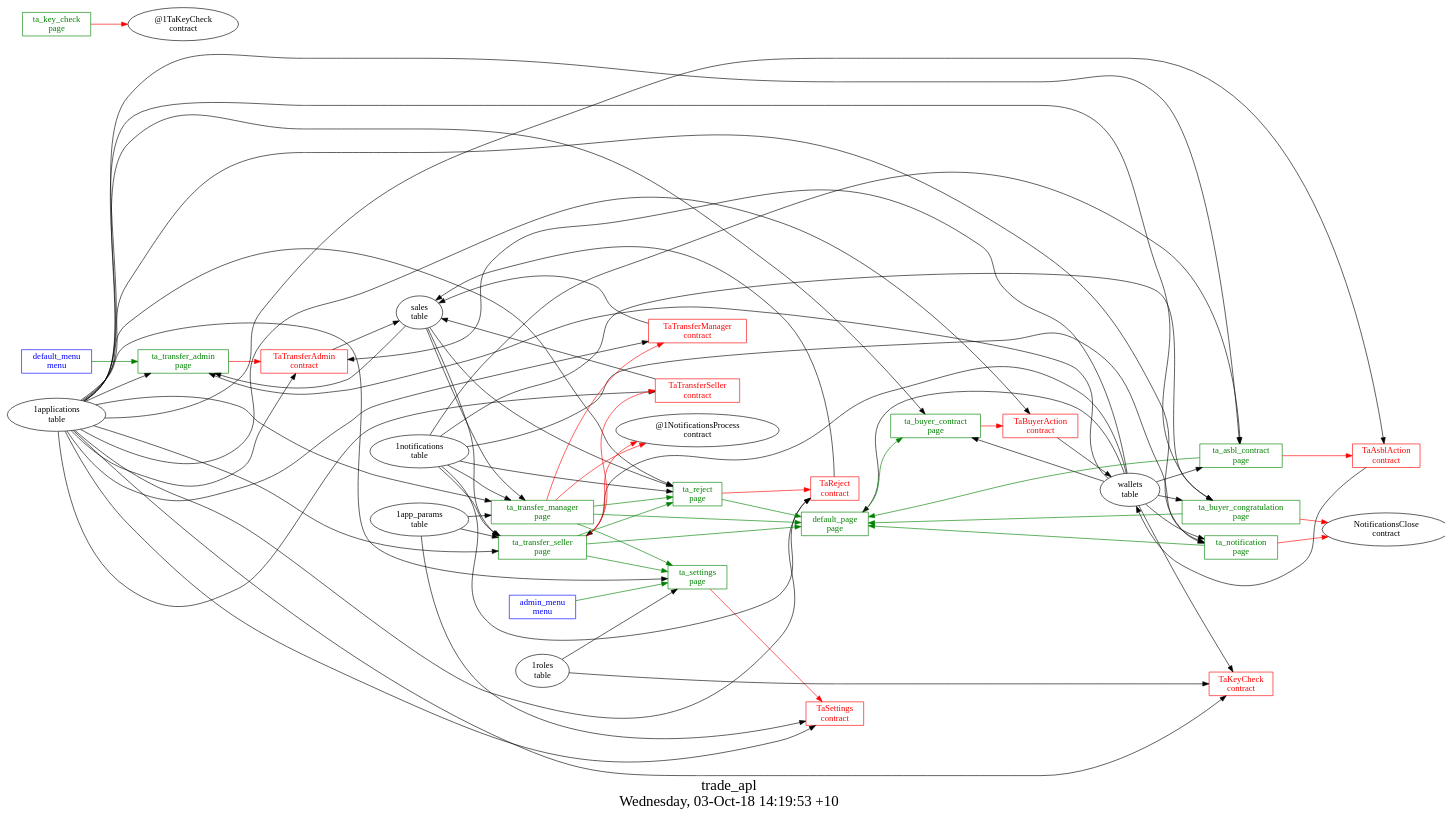
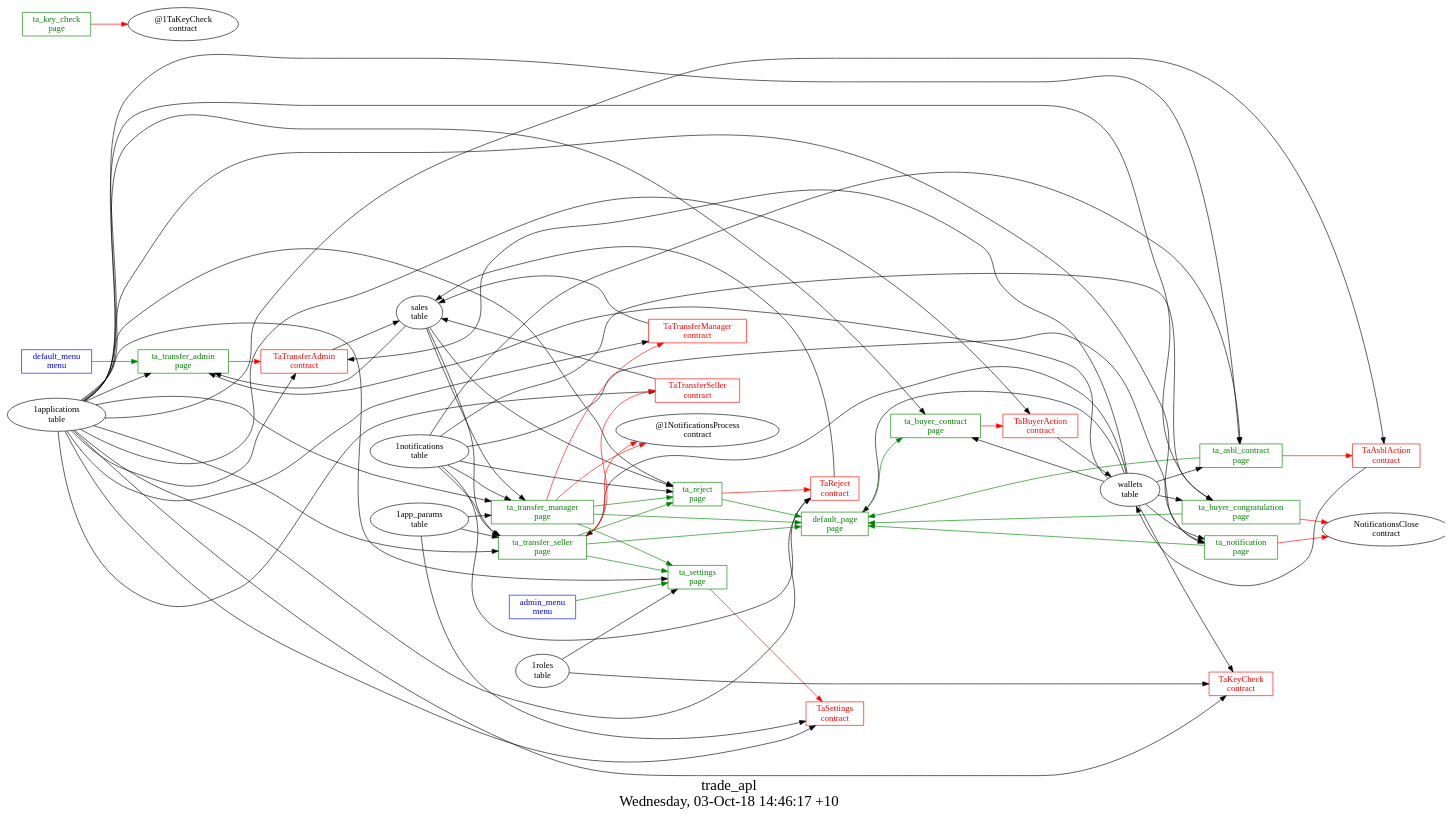
Before and after one commit to AplaProject/apps: the diagram in other/trade_apl/struct.dot, drawn with Graphviz. The commit also changed 2 other files, not shown here.

```diff
--- a/other/trade_apl/struct.dot
+++ b/other/trade_apl/struct.dot
@@ -1,104 +1,104 @@
 digraph G {
 fontsize="24";
-label="trade_apl\nWednesday, 03-Oct-18 14:19:53 +10";
+label="trade_apl\nWednesday, 03-Oct-18 14:46:17 +10";
 nojustify=true;
 ordering=out;
 rankdir=LR;
 size="30";
 "admin_menu\nmenu" -> "ta_settings\npage"  [ color=green ]
 "admin_menu\nmenu" [color=blue, fontcolor=blue, group=menus, shape=record];
 "default_menu\nmenu" -> "ta_transfer_admin\npage"  [ color=green ]
 "default_menu\nmenu" [color=blue, fontcolor=blue, group=menus, shape=record];
 "wallets\ntable" -> "default_page\npage"
 "default_page\npage" -> "ta_buyer_contract\npage"  [ color=green ]
 "default_page\npage" [color=green, fontcolor=green, group=pages, shape=record];
 "ta_asbl_contract\npage" -> "TaAsblAction\ncontract"  [ color=red ]
 "1applications\ntable" -> "ta_asbl_contract\npage"
 "1notifications\ntable" -> "ta_asbl_contract\npage"
 "wallets\ntable" -> "ta_asbl_contract\npage"
 "ta_asbl_contract\npage" -> "default_page\npage"  [ color=green ]
 "ta_asbl_contract\npage" [color=green, fontcolor=green, group=pages, shape=record];
 "ta_buyer_congratulation\npage" -> "NotificationsClose\ncontract"  [ color=red ]
 "1applications\ntable" -> "ta_buyer_congratulation\npage"
 "1notifications\ntable" -> "ta_buyer_congratulation\npage"
 "wallets\ntable" -> "ta_buyer_congratulation\npage"
 "ta_buyer_congratulation\npage" -> "default_page\npage"  [ color=green ]
 "ta_buyer_congratulation\npage" [color=green, fontcolor=green, group=pages, shape=record];
 "ta_buyer_contract\npage" -> "TaBuyerAction\ncontract"  [ color=red ]
 "1applications\ntable" -> "ta_buyer_contract\npage"
 "wallets\ntable" -> "ta_buyer_contract\npage"
 "ta_buyer_contract\npage" [color=green, fontcolor=green, group=pages, shape=record];
 "ta_key_check\npage" -> "@1TaKeyCheck\ncontract"  [ color=red ]
 "ta_key_check\npage" [color=green, fontcolor=green, group=pages, shape=record];
 "ta_notification\npage" -> "NotificationsClose\ncontract"  [ color=red ]
 "1applications\ntable" -> "ta_notification\npage"
 "1notifications\ntable" -> "ta_notification\npage"
 "wallets\ntable" -> "ta_notification\npage"
 "ta_notification\npage" -> "default_page\npage"  [ color=green ]
 "ta_notification\npage" [color=green, fontcolor=green, group=pages, shape=record];
 "ta_reject\npage" -> "TaReject\ncontract"  [ color=red ]
 "1applications\ntable" -> "ta_reject\npage"
 "1notifications\ntable" -> "ta_reject\npage"
 "sales\ntable" -> "ta_reject\npage"
 "ta_reject\npage" -> "default_page\npage"  [ color=green ]
 "ta_reject\npage" [color=green, fontcolor=green, group=pages, shape=record];
 "ta_settings\npage" -> "TaSettings\ncontract"  [ color=red ]
 "1applications\ntable" -> "ta_settings\npage"
 "1roles\ntable" -> "ta_settings\npage"
 "ta_settings\npage" [color=green, fontcolor=green, group=pages, shape=record];
 "ta_transfer_admin\npage" -> "TaTransferAdmin\ncontract"  [ color=red ]
 "1applications\ntable" -> "ta_transfer_admin\npage"
 "sales\ntable" -> "ta_transfer_admin\npage"
 "wallets\ntable" -> "ta_transfer_admin\npage"
 "ta_transfer_admin\npage" [color=green, fontcolor=green, group=pages, shape=record];
 "ta_transfer_manager\npage" -> "TaTransferManager\ncontract"  [ color=red ]
 "ta_transfer_manager\npage" -> "@1NotificationsProcess\ncontract"  [ color=red ]
 "1applications\ntable" -> "ta_transfer_manager\npage"
 "1notifications\ntable" -> "ta_transfer_manager\npage"
 "sales\ntable" -> "ta_transfer_manager\npage"
 "1app_params\ntable" -> "ta_transfer_manager\npage"
 "ta_transfer_manager\npage" -> "ta_reject\npage"  [ color=green ]
 "ta_transfer_manager\npage" -> "default_page\npage"  [ color=green ]
 "ta_transfer_manager\npage" -> "ta_settings\npage"  [ color=green ]
 "ta_transfer_manager\npage" [color=green, fontcolor=green, group=pages, shape=record];
 "ta_transfer_seller\npage" -> "TaTransferSeller\ncontract"  [ color=red ]
 "ta_transfer_seller\npage" -> "@1NotificationsProcess\ncontract"  [ color=red ]
 "1applications\ntable" -> "ta_transfer_seller\npage"
 "1notifications\ntable" -> "ta_transfer_seller\npage"
 "sales\ntable" -> "ta_transfer_seller\npage"
 "wallets\ntable" -> "ta_transfer_seller\npage"
 "1app_params\ntable" -> "ta_transfer_seller\npage"
 "ta_transfer_seller\npage" -> "ta_reject\npage"  [ color=green ]
 "ta_transfer_seller\npage" -> "default_page\npage"  [ color=green ]
 "ta_transfer_seller\npage" -> "ta_settings\npage"  [ color=green ]
 "ta_transfer_seller\npage" [color=green, fontcolor=green, group=pages, shape=record];
 "TaAsblAction\ncontract" -> "wallets\ntable"  [ color="" ]
 "1applications\ntable" -> "TaAsblAction\ncontract"
 "TaAsblAction\ncontract" [color=red, fontcolor=red, group=contracts, shape=record];
 "TaBuyerAction\ncontract" -> "wallets\ntable"  [ color="" ]
 "1applications\ntable" -> "TaBuyerAction\ncontract"
 "TaBuyerAction\ncontract" [color=red, fontcolor=red, group=contracts, shape=record];
 "wallets\ntable" -> "TaKeyCheck\ncontract"
 "1applications\ntable" -> "TaKeyCheck\ncontract"
 "1roles\ntable" -> "TaKeyCheck\ncontract"
 "TaKeyCheck\ncontract" [color=red, fontcolor=red, group=contracts, shape=record];
 "TaReject\ncontract" -> "sales\ntable"  [ color="" ]
 "1applications\ntable" -> "TaReject\ncontract"
 "1notifications\ntable" -> "TaReject\ncontract"
 "TaReject\ncontract" [color=red, fontcolor=red, group=contracts, shape=record];
 "1applications\ntable" -> "TaSettings\ncontract"
 "1app_params\ntable" -> "TaSettings\ncontract"
 "TaSettings\ncontract" [color=red, fontcolor=red, group=contracts, shape=record];
 "TaTransferAdmin\ncontract" -> "sales\ntable"  [ color="" ]
 "1applications\ntable" -> "TaTransferAdmin\ncontract"
 "wallets\ntable" -> "TaTransferAdmin\ncontract"
 "TaTransferAdmin\ncontract" [color=red, fontcolor=red, group=contracts, shape=record];
 "TaTransferManager\ncontract" -> "sales\ntable"  [ color="" ]
 "1applications\ntable" -> "TaTransferManager\ncontract"
 "TaTransferManager\ncontract" [color=red, fontcolor=red, group=contracts, shape=record];
 "TaTransferSeller\ncontract" -> "sales\ntable"  [ color="" ]
 "1applications\ntable" -> "TaTransferSeller\ncontract"
 "TaTransferSeller\ncontract" [color=red, fontcolor=red, group=contracts, shape=record];
 "sales\ntable" [color="", fontcolor="", group=tables, shape=""];
 "wallets\ntable" [color="", fontcolor="", group=tables, shape=""];
 }
```
